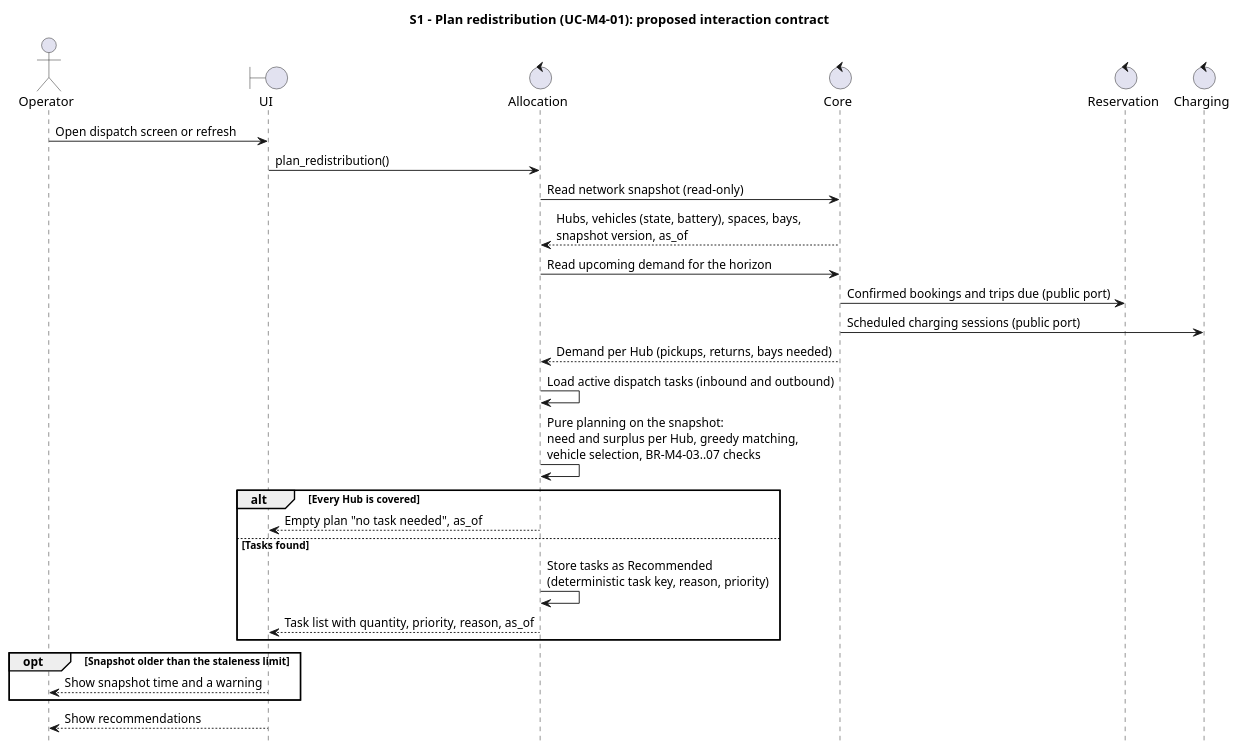
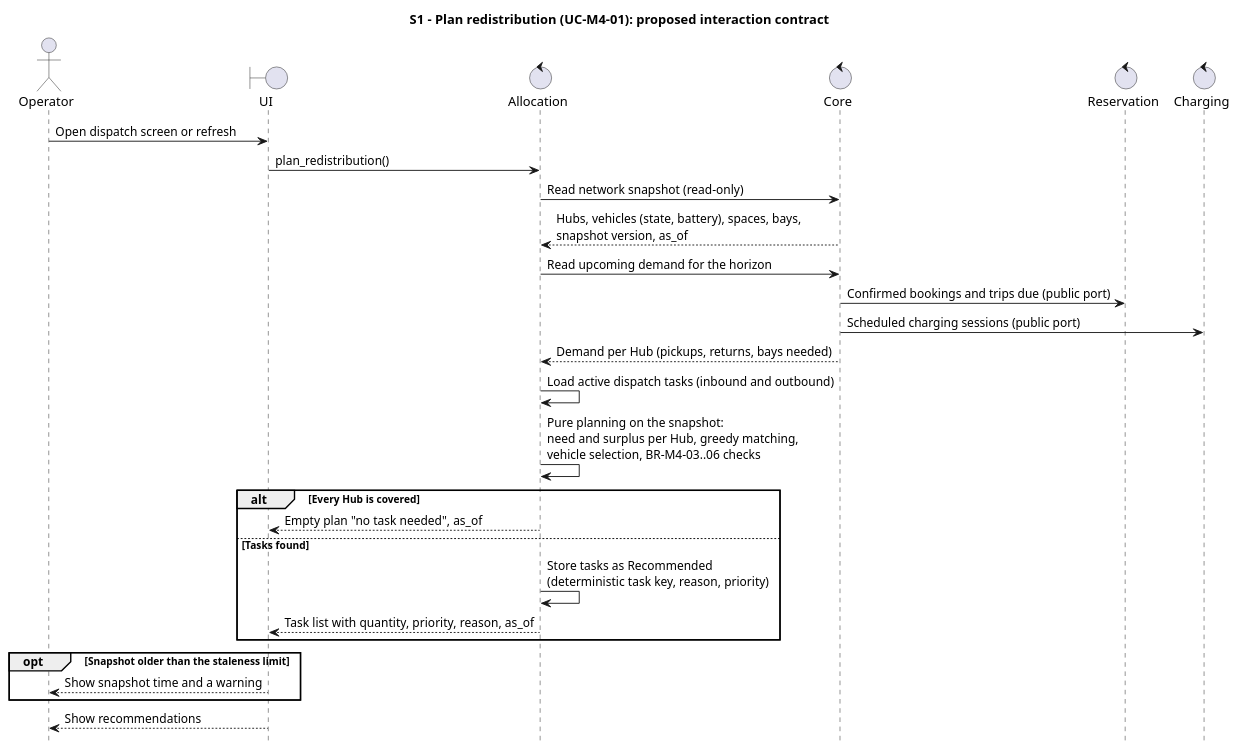
One commit to MabC06/smart-e-mobility-hub changed the diagram in docs/design/behavioral/allocation-diagrams/s1-plan.puml. Above: the diagram before and after it, drawn with PlantUML. The commit also changed 13 other files, not shown here.

```diff
--- a/docs/design/behavioral/allocation-diagrams/s1-plan.puml
+++ b/docs/design/behavioral/allocation-diagrams/s1-plan.puml
@@ -1,32 +1,32 @@
 @startuml
 title S1 - Plan redistribution (UC-M4-01): proposed interaction contract
 skinparam shadowing false
 skinparam defaultFontName Arial
 hide footbox
 actor Operator
 boundary UI
 control Allocation
 control Core
 control Reservation
 control Charging
 Operator -> UI: Open dispatch screen or refresh
 UI -> Allocation: plan_redistribution()
 Allocation -> Core: Read network snapshot (read-only)
 Core --> Allocation: Hubs, vehicles (state, battery), spaces, bays,\nsnapshot version, as_of
 Allocation -> Core: Read upcoming demand for the horizon
 Core -> Reservation: Confirmed bookings and trips due (public port)
 Core -> Charging: Scheduled charging sessions (public port)
 Core --> Allocation: Demand per Hub (pickups, returns, bays needed)
 Allocation -> Allocation: Load active dispatch tasks (inbound and outbound)
-Allocation -> Allocation: Pure planning on the snapshot:\nneed and surplus per Hub, greedy matching,\nvehicle selection, BR-M4-03..07 checks
+Allocation -> Allocation: Pure planning on the snapshot:\nneed and surplus per Hub, greedy matching,\nvehicle selection, BR-M4-03..06 checks
 alt Every Hub is covered
   Allocation --> UI: Empty plan "no task needed", as_of
 else Tasks found
   Allocation -> Allocation: Store tasks as Recommended\n(deterministic task key, reason, priority)
   Allocation --> UI: Task list with quantity, priority, reason, as_of
 end
 opt Snapshot older than the staleness limit
   UI --> Operator: Show snapshot time and a warning
 end
 UI --> Operator: Show recommendations
 @enduml
```
